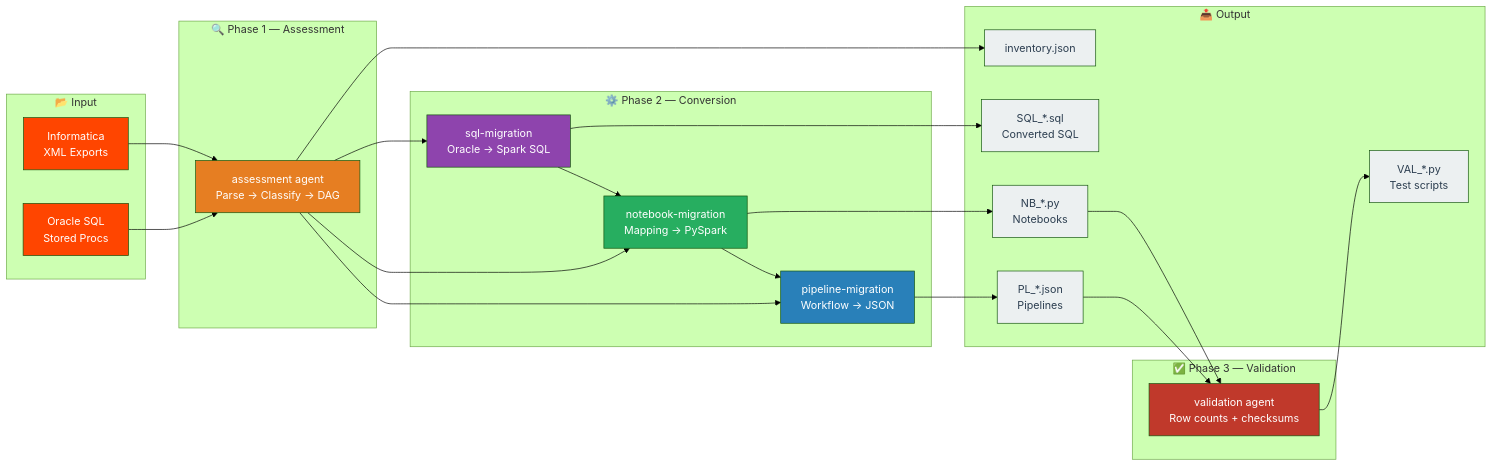
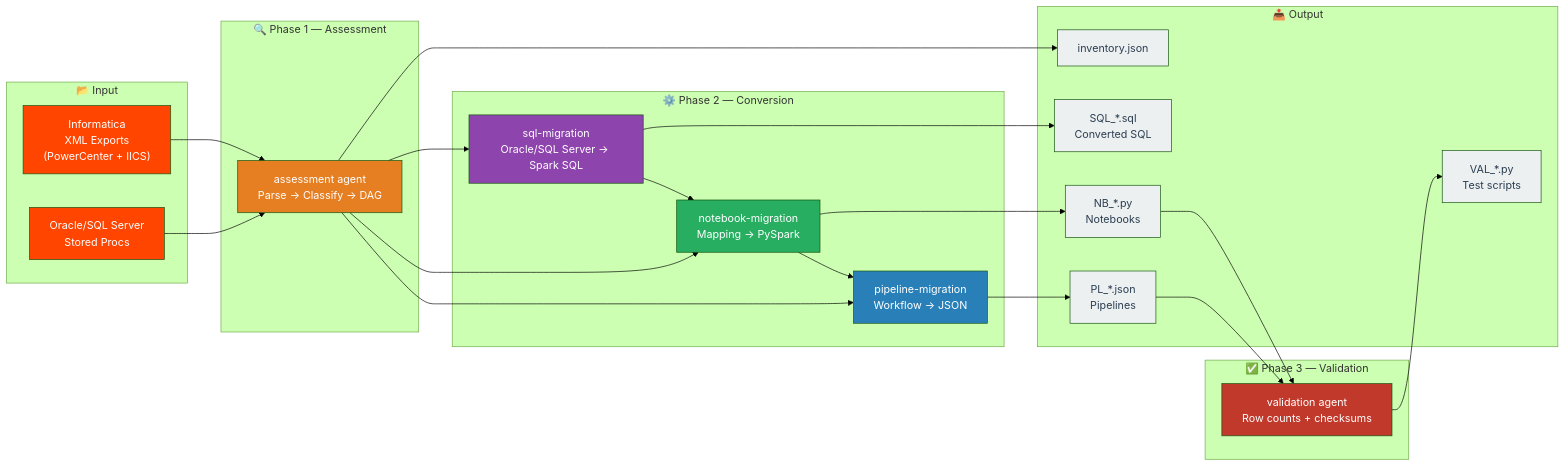
One commit to cyphou/InformaticaToFabric changed the second of 4 diagrams in AGENTS.md. Above: the diagram before and after it, drawn with Mermaid (forest theme). The commit also changed other lines of this file and 13 other files, not shown here.

````diff
--- a/AGENTS.md
+++ b/AGENTS.md
@@ -154,57 +156,57 @@
 ```mermaid
 flowchart LR
     subgraph "📂 Input"
-        XML["Informatica\nXML Exports"]
-        SQL_IN["Oracle SQL\nStored Procs"]
+        XML["Informatica\nXML Exports\n(PowerCenter + IICS)"]
+        SQL_IN["Oracle/SQL Server\nStored Procs"]
     end
 
     subgraph "🔍 Phase 1 — Assessment"
         ASS["assessment agent\nParse → Classify → DAG"]
     end
 
     subgraph "⚙️ Phase 2 — Conversion"
-        SQL_MIG["sql-migration\nOracle → Spark SQL"]
+        SQL_MIG["sql-migration\nOracle/SQL Server → Spark SQL"]
         NB_MIG["notebook-migration\nMapping → PySpark"]
         PL_MIG["pipeline-migration\nWorkflow → JSON"]
     end
 
     subgraph "✅ Phase 3 — Validation"
         VAL["validation agent\nRow counts + checksums"]
     end
 
     subgraph "📤 Output"
         INV["inventory.json"]
         NB_OUT["NB_*.py\nNotebooks"]
         PL_OUT["PL_*.json\nPipelines"]
         SQL_OUT["SQL_*.sql\nConverted SQL"]
         VAL_OUT["VAL_*.py\nTest scripts"]
     end
 
     XML --> ASS
     SQL_IN --> ASS
     ASS --> INV
     ASS --> SQL_MIG
     ASS --> NB_MIG
     ASS --> PL_MIG
     SQL_MIG --> SQL_OUT
     SQL_MIG --> NB_MIG
     NB_MIG --> NB_OUT
     NB_MIG --> PL_MIG
     PL_MIG --> PL_OUT
     NB_OUT --> VAL
     PL_OUT --> VAL
     VAL --> VAL_OUT
 
     style XML fill:#FF4500,color:#fff
     style SQL_IN fill:#FF4500,color:#fff
     style ASS fill:#E67E22,color:#fff
     style SQL_MIG fill:#8E44AD,color:#fff
     style NB_MIG fill:#27AE60,color:#fff
     style PL_MIG fill:#2980B9,color:#fff
     style VAL fill:#C0392B,color:#fff
     style INV fill:#ECF0F1,color:#2C3E50
     style NB_OUT fill:#ECF0F1,color:#2C3E50
     style PL_OUT fill:#ECF0F1,color:#2C3E50
     style SQL_OUT fill:#ECF0F1,color:#2C3E50
     style VAL_OUT fill:#ECF0F1,color:#2C3E50
 ```
````
